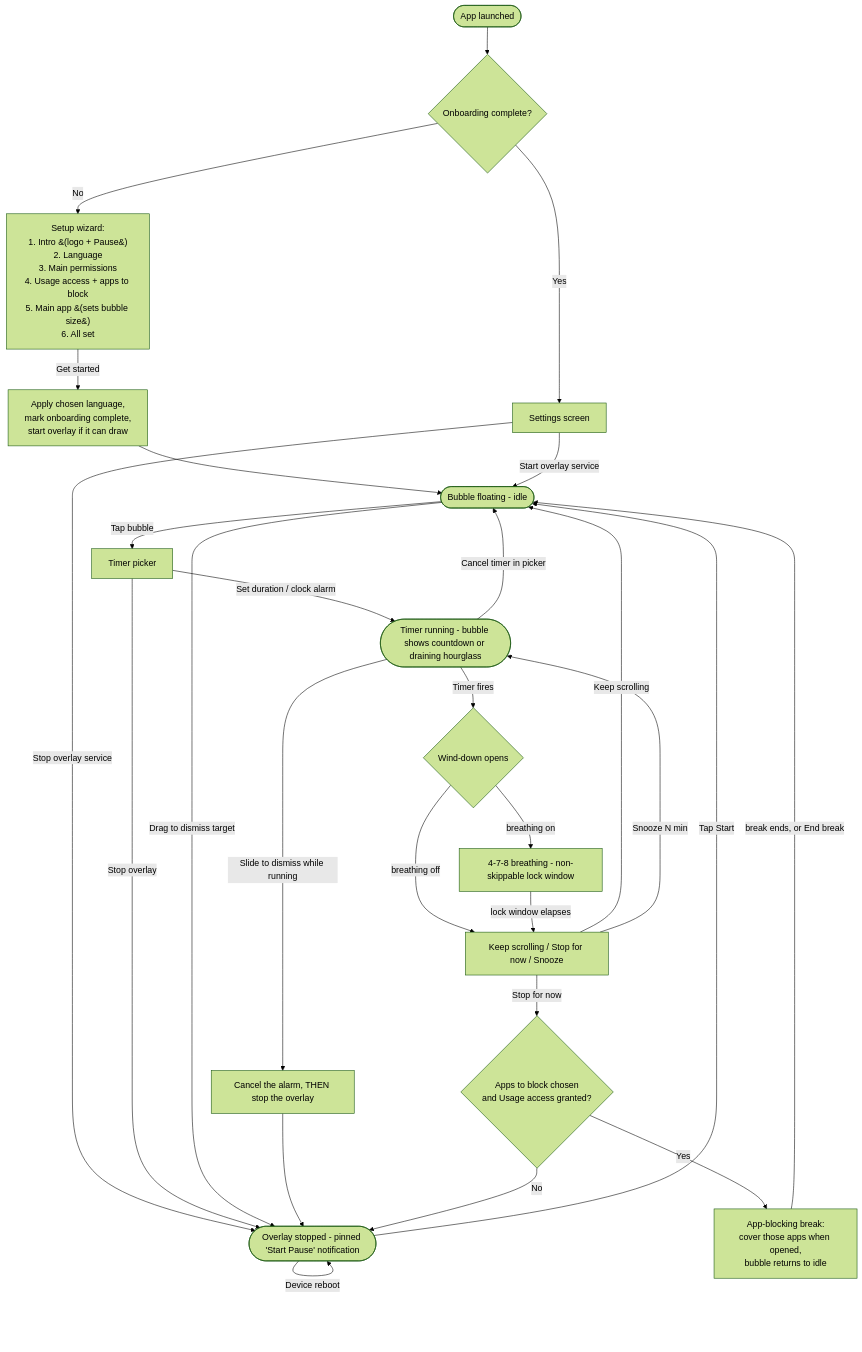
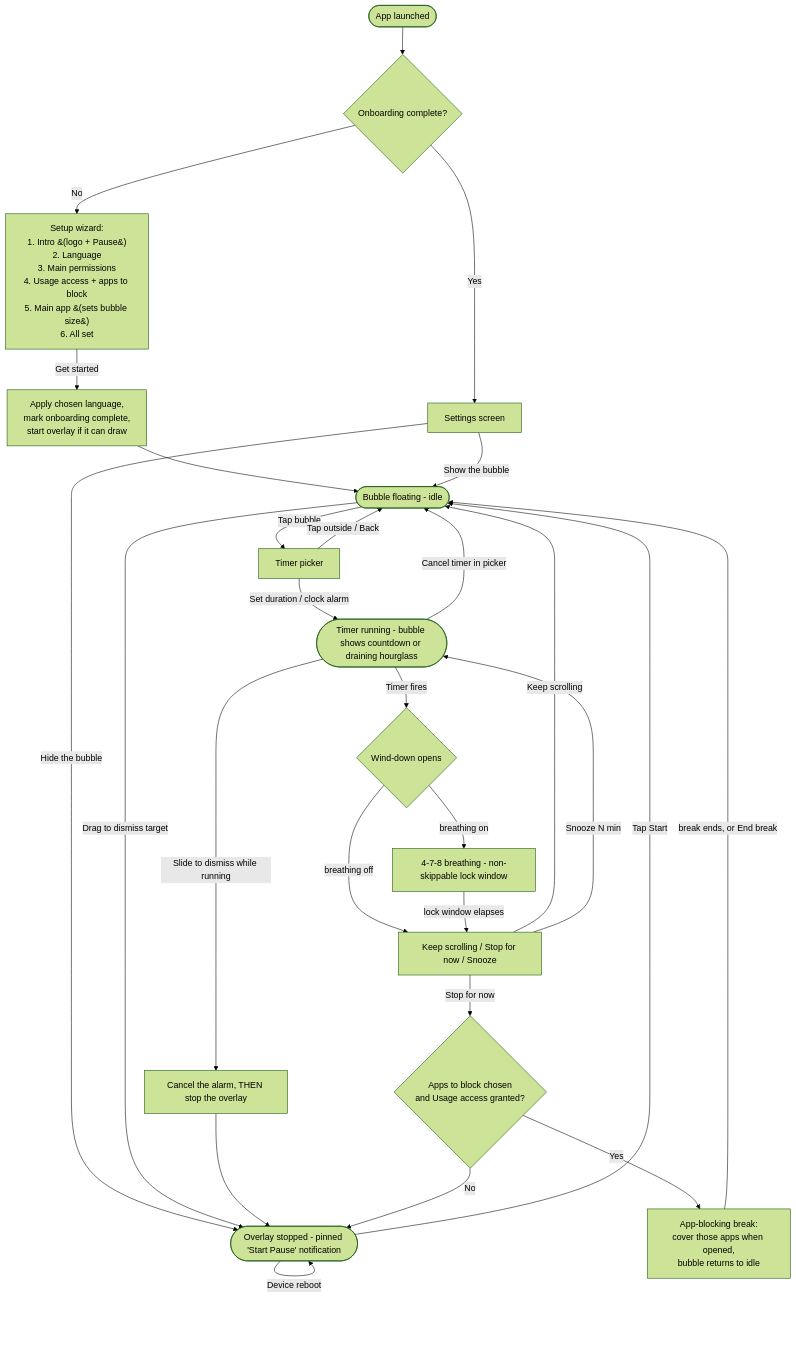
The diagram in FLOW.md (MZuhairKhan/Pause), drawn with Mermaid (forest theme) before and after one commit. The commit also changed 5 other files, not shown here.

First line of the commit message:
Drop the stop-the-bubble button from the timer picker

````diff
--- a/FLOW.md
+++ b/FLOW.md
@@ -6,38 +6,38 @@
 ```mermaid
 flowchart TD
     Launch([App launched]) --> Onboarded{Onboarding complete?}
 
     Onboarded -- No --> Wizard[Setup wizard:<br/>1. Intro &#40;logo + Pause&#41;<br/>2. Language<br/>3. Main permissions<br/>4. Usage access + apps to block<br/>5. Main app &#40;sets bubble size&#41;<br/>6. All set]
     Wizard -->|Get started| Finish[Apply chosen language,<br/>mark onboarding complete,<br/>start overlay if it can draw]
     Onboarded -- Yes --> Settings[Settings screen]
 
     Finish --> Idle
-    Settings -->|Start overlay service| Idle
-    Settings -->|Stop overlay service| Off
+    Settings -->|Show the bubble| Idle
+    Settings -->|Hide the bubble| Off
 
     Idle([Bubble floating - idle]) -->|Tap bubble| Picker[Timer picker]
     Picker -->|Set duration / clock alarm| Running
-    Picker -->|Stop overlay| Off
+    Picker -->|Tap outside / Back| Idle
     Idle -->|Drag to dismiss target| Off
 
     Running([Timer running - bubble shows countdown or draining hourglass])
     Running -->|Slide to dismiss while running| CancelStop[Cancel the alarm, THEN stop the overlay]
     Running -->|Cancel timer in picker| Idle
     Running -->|Timer fires| WindDown
     CancelStop --> Off
 
     WindDown{Wind-down opens}
     WindDown -->|breathing on| Breathe[4-7-8 breathing - non-skippable lock window]
     WindDown -->|breathing off| Actions
     Breathe -->|lock window elapses| Actions[Keep scrolling / Stop for now / Snooze]
 
     Actions -->|Keep scrolling| Idle
     Actions -->|Snooze N min| Running
     Actions -->|Stop for now| StopForNow{Apps to block chosen<br/>and Usage access granted?}
     StopForNow -- Yes --> Break[App-blocking break:<br/>cover those apps when opened,<br/>bubble returns to idle]
     StopForNow -- No --> Off
     Break -->|break ends, or End break| Idle
 
     Off([Overlay stopped - pinned 'Start Pause' notification]) -->|Tap Start| Idle
     Off -->|Device reboot| Off
 ```
````
